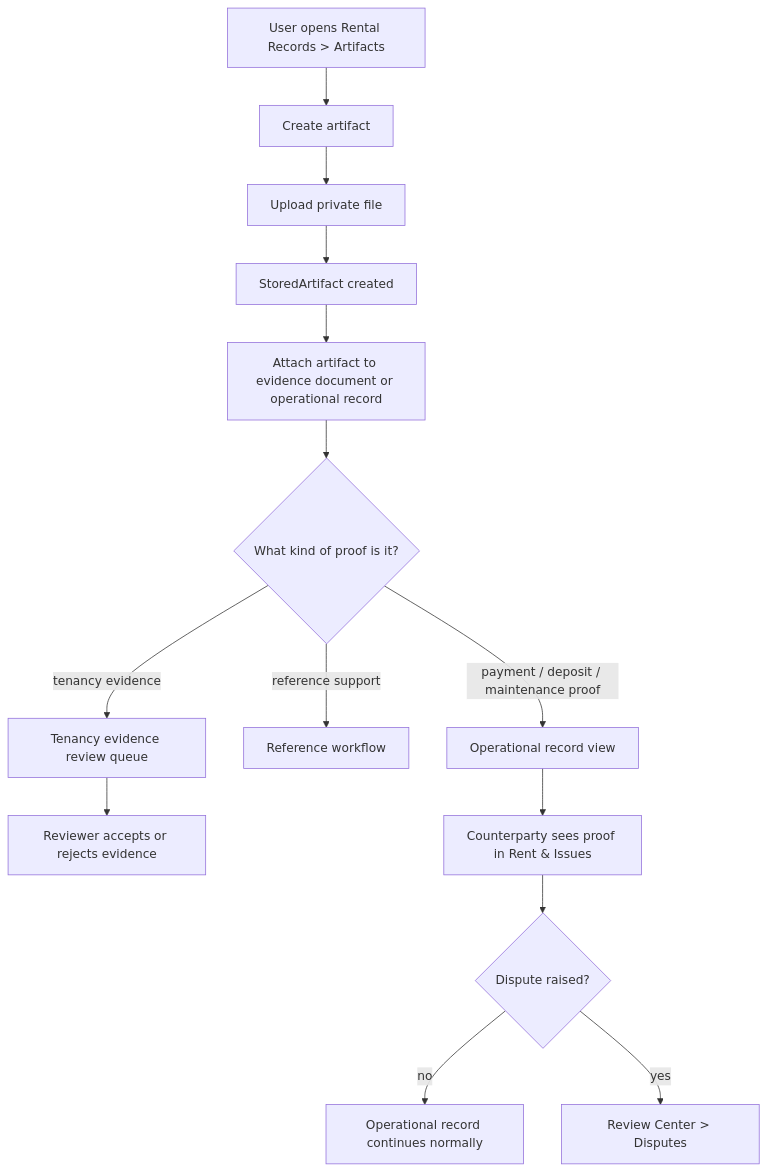
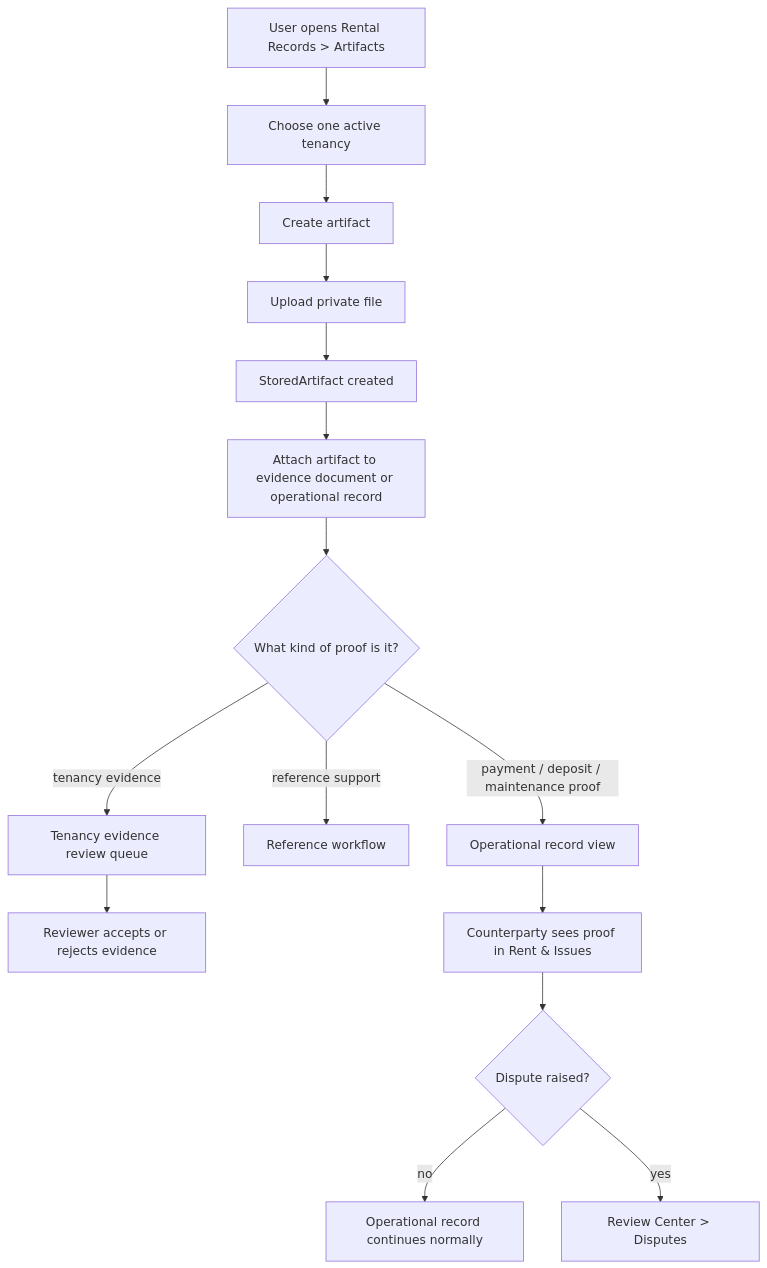
One commit to vtmarkop/real_estate_trust_ledger changed the third of 11 diagrams in docs/WORKFLOW_DIAGRAMS.md. Above: the diagram before and after it, drawn with Mermaid. The commit also changed other lines of this file and 77 other files, not shown here.

````diff
--- a/docs/WORKFLOW_DIAGRAMS.md
+++ b/docs/WORKFLOW_DIAGRAMS.md
@@ -89,16 +101,17 @@
 ```mermaid
 flowchart TD
-    A["User opens Rental Records > Artifacts"] --> B["Create artifact"]
+    A["User opens Rental Records > Artifacts"] --> A1["Choose one active tenancy"]
+    A1 --> B["Create artifact"]
     B --> C["Upload private file"]
     C --> D["StoredArtifact created"]
     D --> E["Attach artifact to evidence document or operational record"]
     E --> F{"What kind of proof is it?"}
     F -->|"tenancy evidence"| G["Tenancy evidence review queue"]
     F -->|"reference support"| H["Reference workflow"]
     F -->|"payment / deposit / maintenance proof"| I["Operational record view"]
     G --> J["Reviewer accepts or rejects evidence"]
     I --> K["Counterparty sees proof in Rent & Issues"]
     K --> L{"Dispute raised?"}
     L -->|"no"| M["Operational record continues normally"]
     L -->|"yes"| N["Review Center > Disputes"]
 ```
````
